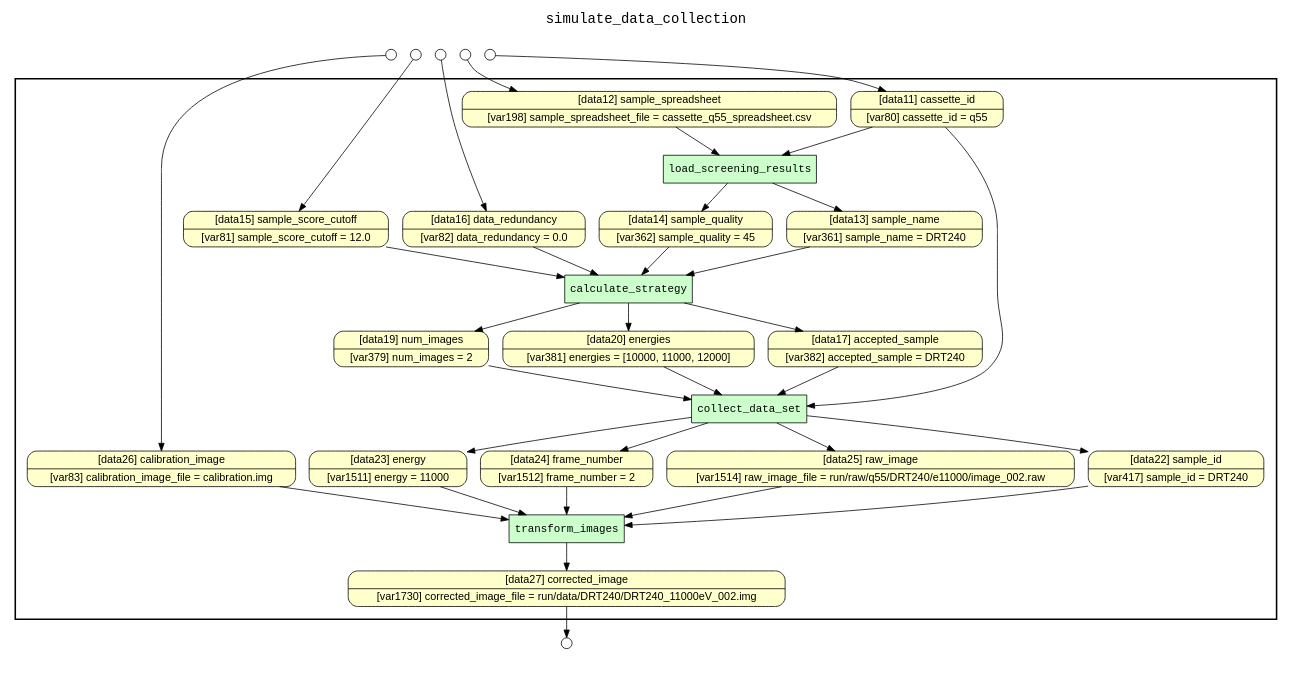
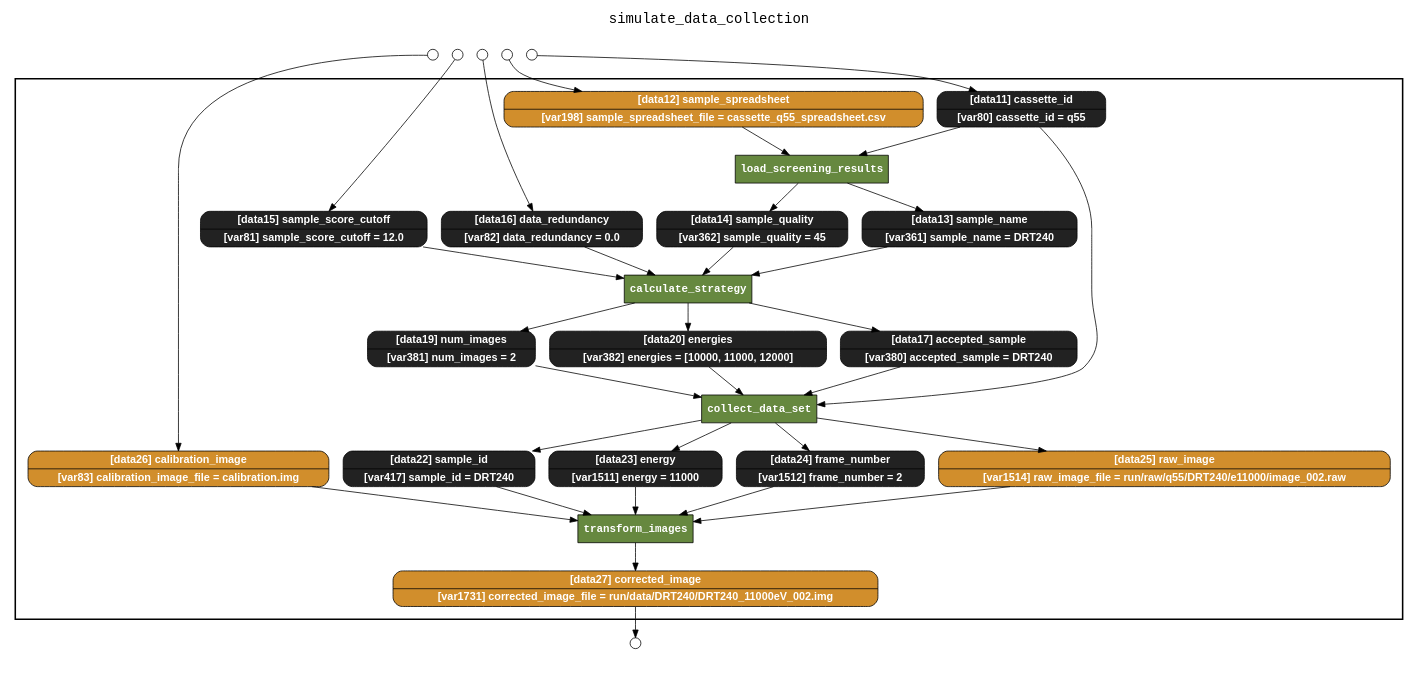
Before and after one commit to yesworkflow-org/yw-noworkflow: the diagram in examples/simulate_data_collection/yw_nw_retrospective_lineage.gv, drawn with Graphviz. The commit also changed 27 other files, not shown here.

Commit message:
New graphviz style for retrospective lineage graph.

```diff
--- a/examples/simulate_data_collection/yw_nw_retrospective_lineage.gv
+++ b/examples/simulate_data_collection/yw_nw_retrospective_lineage.gv
@@ -1,76 +1,77 @@
 
 digraph yw_data_view {
 rankdir=TB
 fontname=Courier; fontsize=18; labelloc=t
 label="simulate_data_collection"
 subgraph cluster_workflow { label=""; color=black; penwidth=2
 subgraph cluster_workflow_inner { label=""; color=white
-node[shape=box style="filled" fillcolor="#CCFFCC" peripheries=1 fontname=Courier]
+node[shape=box style=filled fillcolor="#66883F" peripheries=1 fontname="Courier-Bold" fontcolor=white]
 collect_data_set
 calculate_strategy
 load_screening_results
 transform_images
 node[shape=box style="filled" fillcolor="#CCFFCC" peripheries=1 fontname=Courier]
-node[shape=box style="rounded,filled" fillcolor="#FFFFCC" peripheries=1 fontname=Helvetica]
+node[shape=box style="rounded,filled" fillcolor="#D18E2C" peripheries=1 fontname="Helvetica-Bold"]
+sample_spreadsheet [shape=record rankdir=LR label="{<f0> [data12] sample_spreadsheet |<f1> [var198] sample_spreadsheet_file = cassette_q55_spreadsheet.csv}"]
+raw_image [shape=record rankdir=LR label="{<f0> [data25] raw_image |<f1> [var1514] raw_image_file = run/raw/q55/DRT240/e11000/image_002.raw}"]
+calibration_image [shape=record rankdir=LR label="{<f0> [data26] calibration_image |<f1> [var83] calibration_image_file = calibration.img}"]
+corrected_image [shape=record rankdir=LR label="{<f0> [data27] corrected_image |<f1> [var1731] corrected_image_file = run/data/DRT240/DRT240_11000eV_002.img}"]
+node[shape=box style="rounded,filled" fillcolor="#222222" peripheries=1 fontname="Helvetica-Bold"]
 cassette_id [shape=record rankdir=LR label="{<f0> [data11] cassette_id |<f1> [var80] cassette_id = q55}"]
-sample_spreadsheet [shape=record rankdir=LR label="{<f0> [data12] sample_spreadsheet |<f1> [var198] sample_spreadsheet_file = cassette_q55_spreadsheet.csv}"]
 sample_name [shape=record rankdir=LR label="{<f0> [data13] sample_name |<f1> [var361] sample_name = DRT240}"]
 sample_quality [shape=record rankdir=LR label="{<f0> [data14] sample_quality |<f1> [var362] sample_quality = 45}"]
 sample_score_cutoff [shape=record rankdir=LR label="{<f0> [data15] sample_score_cutoff |<f1> [var81] sample_score_cutoff = 12.0}"]
 data_redundancy [shape=record rankdir=LR label="{<f0> [data16] data_redundancy |<f1> [var82] data_redundancy = 0.0}"]
-accepted_sample [shape=record rankdir=LR label="{<f0> [data17] accepted_sample |<f1> [var382] accepted_sample = DRT240}"]
-num_images [shape=record rankdir=LR label="{<f0> [data19] num_images |<f1> [var379] num_images = 2}"]
-energies [shape=record rankdir=LR label="{<f0> [data20] energies |<f1> [var381] energies = [10000, 11000, 12000]}"]
+accepted_sample [shape=record rankdir=LR label="{<f0> [data17] accepted_sample |<f1> [var380] accepted_sample = DRT240}"]
+num_images [shape=record rankdir=LR label="{<f0> [data19] num_images |<f1> [var381] num_images = 2}"]
+energies [shape=record rankdir=LR label="{<f0> [data20] energies |<f1> [var382] energies = [10000, 11000, 12000]}"]
 sample_id [shape=record rankdir=LR label="{<f0> [data22] sample_id |<f1> [var417] sample_id = DRT240}"]
 energy [shape=record rankdir=LR label="{<f0> [data23] energy |<f1> [var1511] energy = 11000}"]
 frame_number [shape=record rankdir=LR label="{<f0> [data24] frame_number |<f1> [var1512] frame_number = 2}"]
-raw_image [shape=record rankdir=LR label="{<f0> [data25] raw_image |<f1> [var1514] raw_image_file = run/raw/q55/DRT240/e11000/image_002.raw}"]
-calibration_image [shape=record rankdir=LR label="{<f0> [data26] calibration_image |<f1> [var83] calibration_image_file = calibration.img}"]
-corrected_image [shape=record rankdir=LR label="{<f0> [data27] corrected_image |<f1> [var1730] corrected_image_file = run/data/DRT240/DRT240_11000eV_002.img}"]
 }}
 subgraph cluster_inflows { label=""; color=white; penwidth=2
 subgraph cluster_inflows_inner { label=""; color=white
 node[shape=circle fillcolor="#FFFFFF" peripheries=1 width=0.2]
 sample_spreadsheet_inflow [label=""]
 calibration_image_inflow [label=""]
 sample_score_cutoff_inflow [label=""]
 data_redundancy_inflow [label=""]
 cassette_id_inflow [label=""]
 }}
 subgraph cluster_outflows { label=""; color=white; penwidth=2
 subgraph cluster_outflows_inner { label=""; color=white
 node[shape=circle fillcolor="#FFFFFF" peripheries=1 width=0.2]
 corrected_image_outflow [label=""]
 }}
+energies -> collect_data_set
+sample_spreadsheet -> load_screening_results
+sample_quality -> calculate_strategy
+sample_score_cutoff -> calculate_strategy
+accepted_sample -> collect_data_set
+cassette_id -> collect_data_set
+cassette_id -> load_screening_results
+data_redundancy -> calculate_strategy
 frame_number -> transform_images
 energy -> transform_images
 sample_id -> transform_images
-sample_score_cutoff -> calculate_strategy
 raw_image -> transform_images
-calibration_image -> transform_images
-data_redundancy -> calculate_strategy
 num_images -> collect_data_set
 sample_name -> calculate_strategy
-sample_spreadsheet -> load_screening_results
-energies -> collect_data_set
-sample_quality -> calculate_strategy
-accepted_sample -> collect_data_set
-cassette_id -> collect_data_set
-cassette_id -> load_screening_results
+calibration_image -> transform_images
 load_screening_results -> sample_name
 load_screening_results -> sample_quality
 calculate_strategy -> accepted_sample
 calculate_strategy -> num_images
 calculate_strategy -> energies
 collect_data_set -> sample_id
 collect_data_set -> energy
 collect_data_set -> frame_number
 collect_data_set -> raw_image
 transform_images -> corrected_image
 sample_spreadsheet_inflow -> sample_spreadsheet
 calibration_image_inflow -> calibration_image
 sample_score_cutoff_inflow -> sample_score_cutoff
 data_redundancy_inflow -> data_redundancy
 cassette_id_inflow -> cassette_id
 corrected_image -> corrected_image_outflow
 }
```
